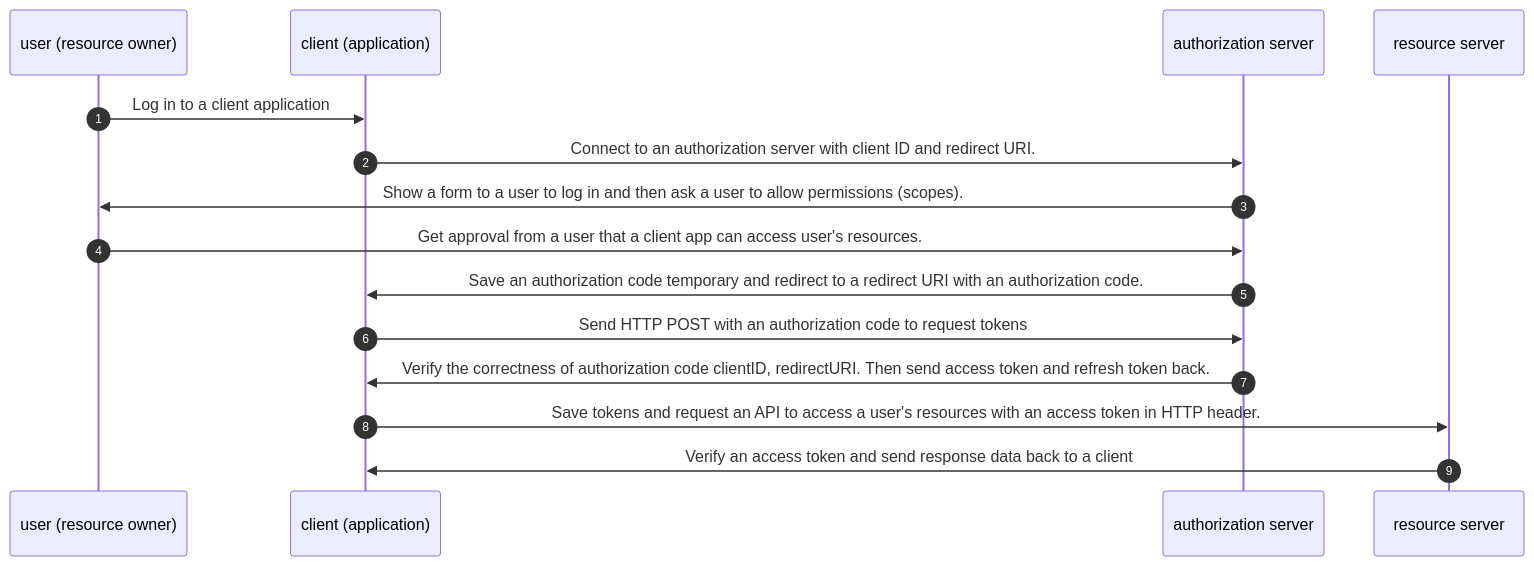
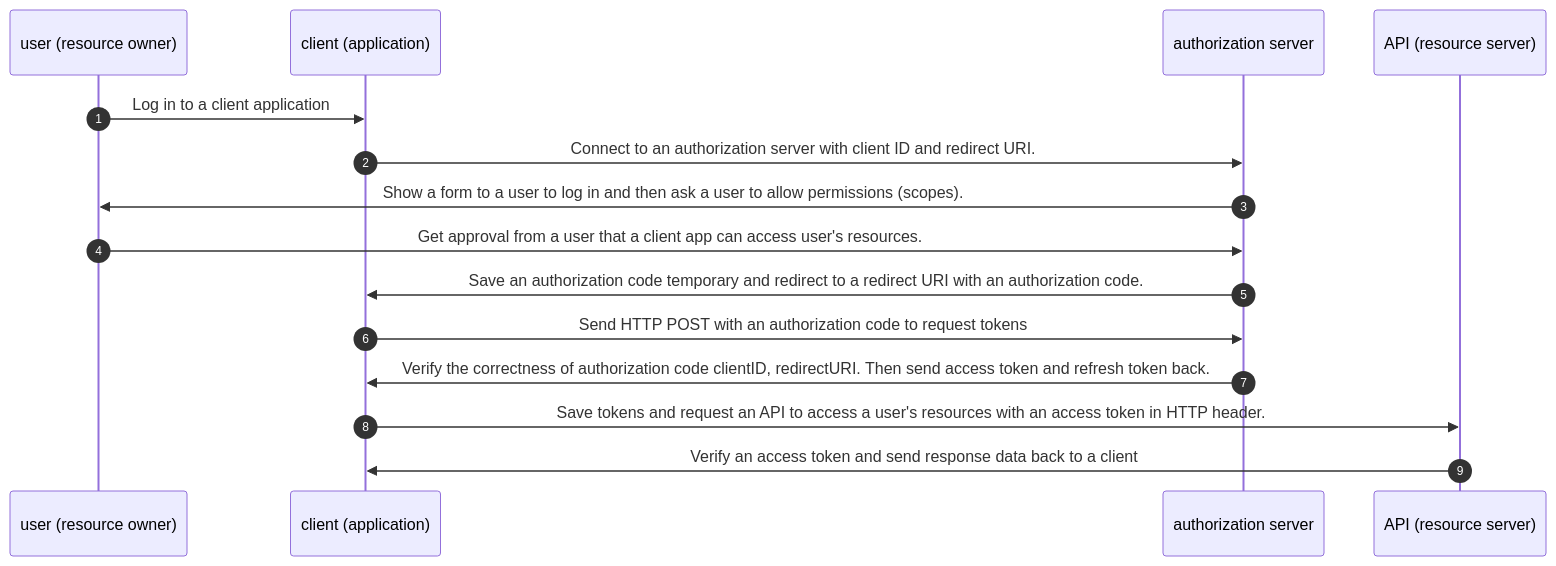
The seventh of 11 diagrams in content/faq/fundamental/oauth.md (dotnetthailand/dotnetthailand.github.io), drawn with Mermaid before and after one commit. The commit also changed other lines of this file, not shown here.

````diff
--- a/content/faq/fundamental/oauth.md
+++ b/content/faq/fundamental/oauth.md
@@ -79,18 +156,18 @@
 ```mermaid
 sequenceDiagram
   autonumber
   participant user as user (resource owner)
   participant client as client (application)
   participant authorization_server as authorization server
-  participant resource_server as resource server
+  participant resource_server as API (resource server)
 
   user ->> client: Log in to a client application
   client ->> authorization_server: Connect to an authorization server with client ID and redirect URI.
   authorization_server ->> user: Show a form to a user to log in and then ask a user to allow permissions (scopes).
   user ->> authorization_server: Get approval from a user that a client app can access user's resources.
   authorization_server ->> client: Save an authorization code temporary and redirect to a redirect URI with an authorization code.
   client ->> authorization_server: Send HTTP POST with an authorization code to request tokens
   authorization_server ->> client: Verify the correctness of authorization code clientID, redirectURI. Then send access token and refresh token back.
   client ->> resource_server: Save tokens and request an API to access a user's resources with an access token in HTTP header.
   resource_server ->> client: Verify an access token and send response data back to a client
 ```
````
